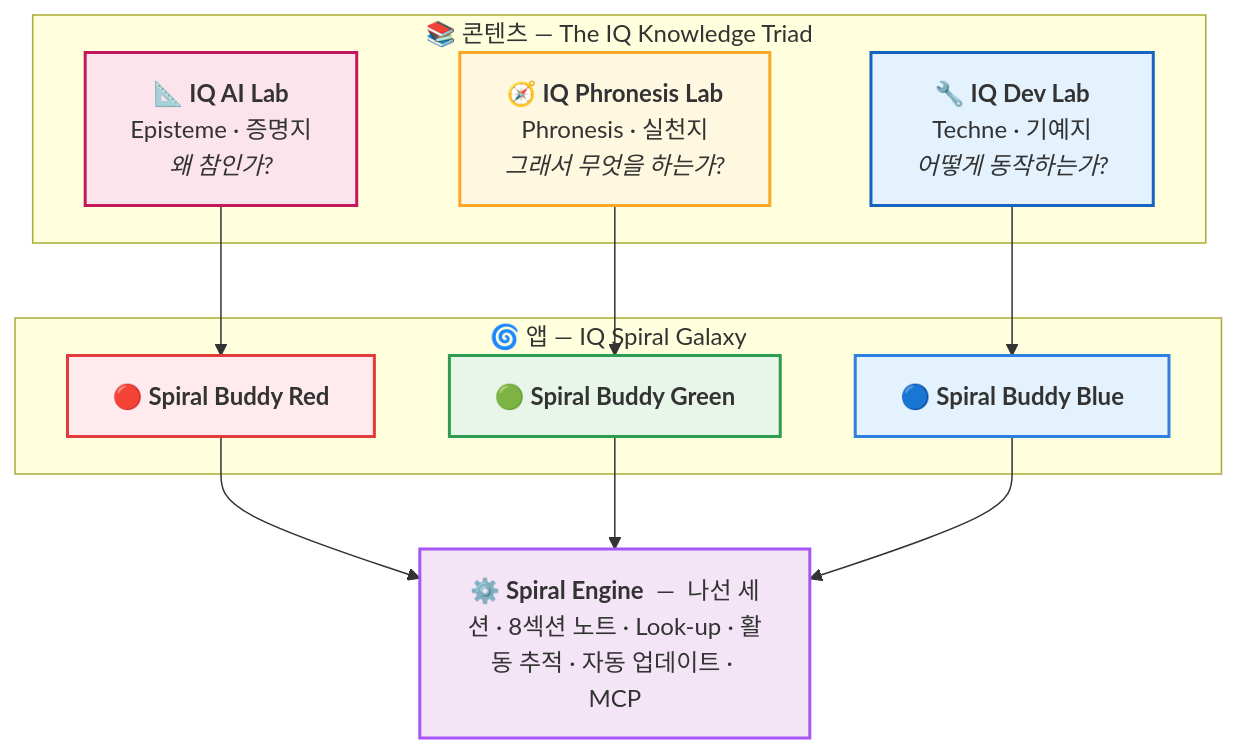
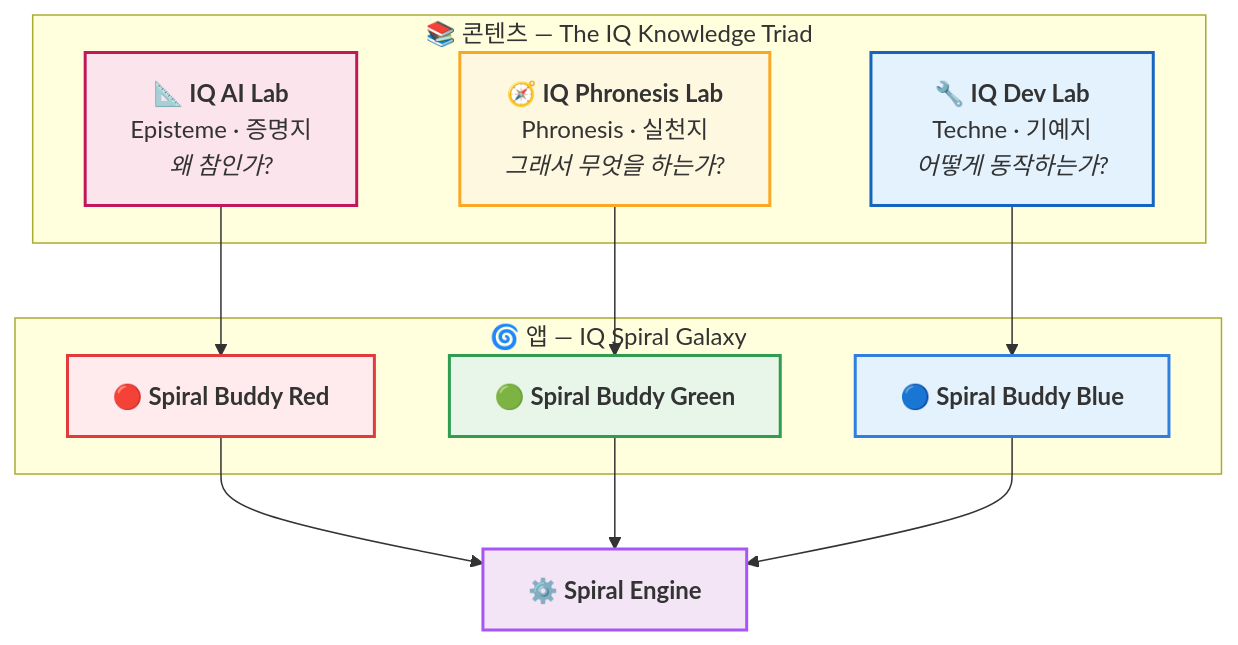
Before and after one commit to iq-spiral-galaxy/.github: the first of 2 diagrams in profile/README.md, drawn with Mermaid. The commit also changed other lines of this file, not shown here.

First line of the commit message:
Refine profile README: buddy descriptions, diagram, table layout

````diff
--- a/profile/README.md
+++ b/profile/README.md
@@ -48,32 +48,32 @@
 ```mermaid
 graph TD
     subgraph CONTENT["📚 콘텐츠 — The IQ Knowledge Triad"]
         AILAB["📐 <b>IQ AI Lab</b><br/>Episteme · 증명지<br/><i>왜 참인가?</i>"]
         DEVLAB["🔧 <b>IQ Dev Lab</b><br/>Techne · 기예지<br/><i>어떻게 동작하는가?</i>"]
         PHRLAB["🧭 <b>IQ Phronesis Lab</b><br/>Phronesis · 실천지<br/><i>그래서 무엇을 하는가?</i>"]
     end
 
     subgraph APPS["🌀 앱 — IQ Spiral Galaxy"]
         RED["🔴 <b>Spiral Buddy Red</b>"]
         GREEN["🟢 <b>Spiral Buddy Green</b>"]
         BLUE["🔵 <b>Spiral Buddy Blue</b>"]
     end
 
-    ENGINE["⚙️ <b>Spiral Engine</b> &nbsp;—&nbsp; 나선 세션 · 8섹션 노트 · Look-up · 활동 추적 · 자동 업데이트 · MCP"]
+    ENGINE["⚙️ <b>Spiral Engine</b>"]
 
     AILAB --> RED
     DEVLAB --> BLUE
     PHRLAB --> GREEN
 
     RED --> ENGINE
     GREEN --> ENGINE
     BLUE --> ENGINE
 
     style AILAB fill:#fce4ec,stroke:#c2185b,stroke-width:2px
     style DEVLAB fill:#e3f2fd,stroke:#1565c0,stroke-width:2px
     style PHRLAB fill:#fff8e1,stroke:#f9a825,stroke-width:2px
     style RED fill:#ffebee,stroke:#e23b3b,stroke-width:2px
     style GREEN fill:#e8f5e9,stroke:#2e9d52,stroke-width:2px
     style BLUE fill:#e3f2fd,stroke:#2f7fe2,stroke-width:2px
     style ENGINE fill:#f3e5f5,stroke:#a855f7,stroke-width:2px
 ```
````
